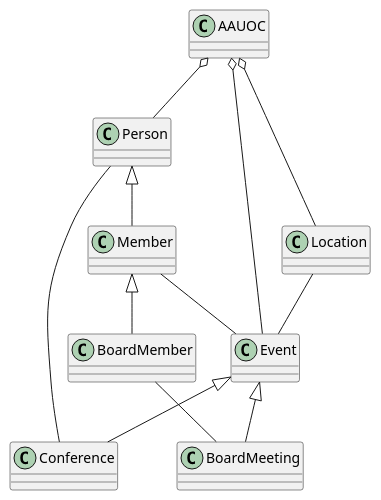
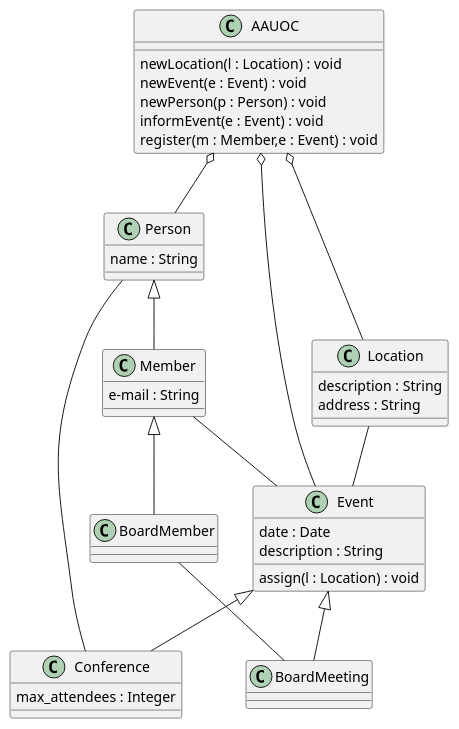
The diagram in src/UMLClasesElena.puml (MissTurtle/UMLClasesElena), drawn with PlantUML before and after one commit.

Commit message:
InclusiónDeAtributosYMetodos

```diff
--- a/src/UMLClasesElena.puml
+++ b/src/UMLClasesElena.puml
@@ -1,37 +1,46 @@
 @startuml
 class Member{
-
+e-mail : String
 }
 class BoardMember{
 
 }
 class Event{
+date : Date
+description : String
 
+assign(l : Location) : void
 }
 class Conference{
-
+max_attendees : Integer
 }
 class BoardMeeting{
 
 }
 class Location{
-
+description : String
+address : String
 }
 class Person{
-
+name : String
 }
 class AAUOC{
+newLocation(l : Location) : void
+newEvent(e : Event) : void
+newPerson(p : Person) : void
+informEvent(e : Event) : void
+register(m : Member,e : Event) : void
+}
 
-}
 Event <|-- Conference
 Event <|-- BoardMeeting
 Person <|-- Member
 Member <|-- BoardMember
 AAUOC o-- Person
 AAUOC o-- Event
 AAUOC o-- Location
 Person -- Conference
 Member -- Event
 BoardMember -- BoardMeeting
 Location -- Event
 @enduml
```
